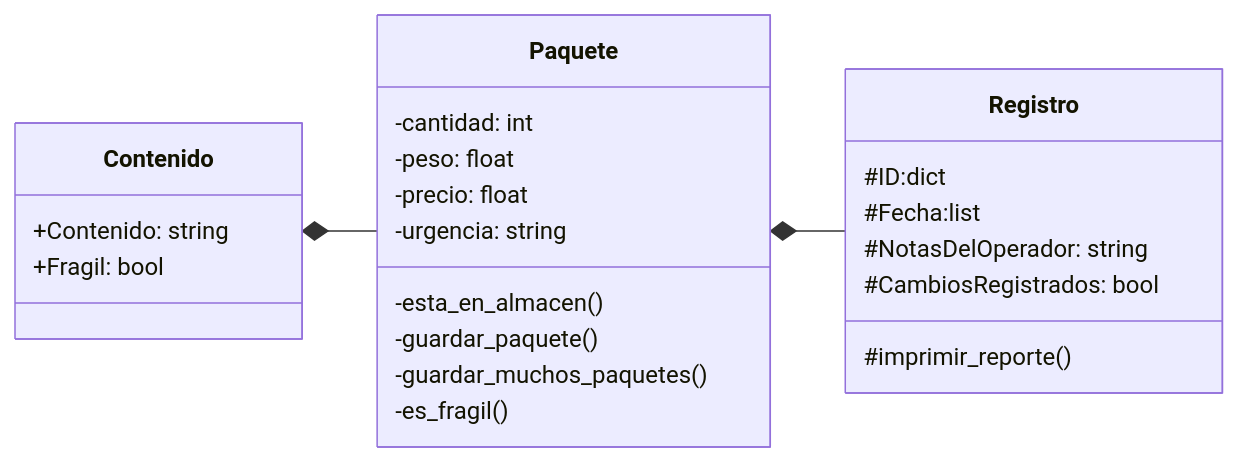
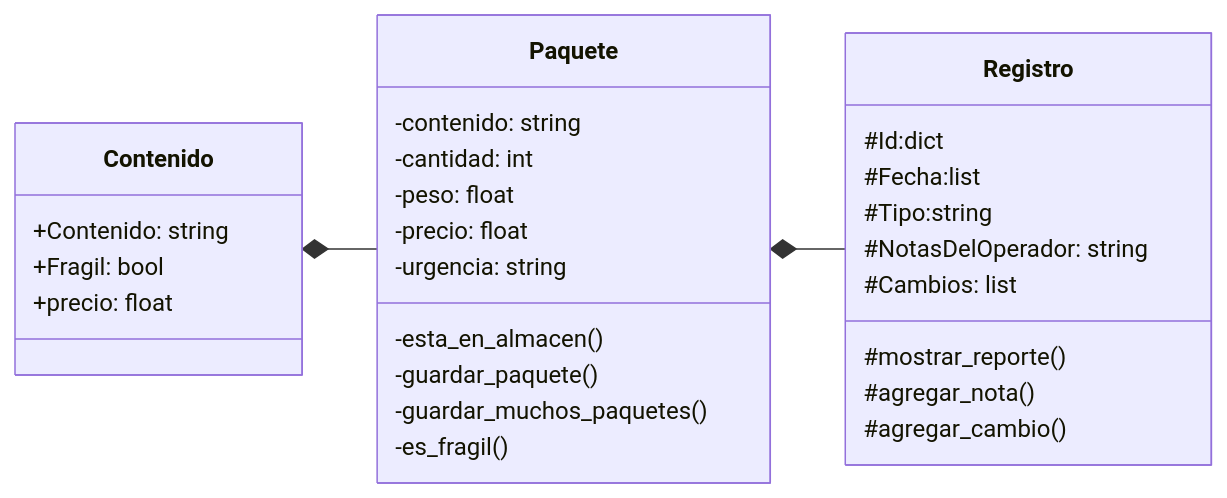
The diagram in README.md (Johelprada/Proyecto-POO), drawn with Mermaid before and after one commit. The commit also changed other lines of this file, not shown here.

````diff
--- a/README.md
+++ b/README.md
@@ -17,31 +17,36 @@
 ```mermaid
 classDiagram
 direction LR
     class Registro {
-	    #ID:dict
+	    #Id:dict
 	    #Fecha:list
+            #Tipo:string
 	    #NotasDelOperador: string
-	    #CambiosRegistrados: bool
-	    #imprimir_reporte()
+	    #Cambios: list
+	    #mostrar_reporte()
+            #agregar_nota()
+            #agregar_cambio()
     }
 
     class Contenido {
 	    +Contenido: string
 	    +Fragil: bool
+            +precio: float
     }
 
     class Paquete {
+            -contenido: string
 	    -cantidad: int
 	    -peso: float
 		-precio: float
 		-urgencia: string
 	    -esta_en_almacen()
 	    -guardar_paquete()
 	    -guardar_muchos_paquetes()
 	    -es_fragil()
     }
 
     Contenido *-- Paquete
     Paquete *-- Registro
 
 ```
````
